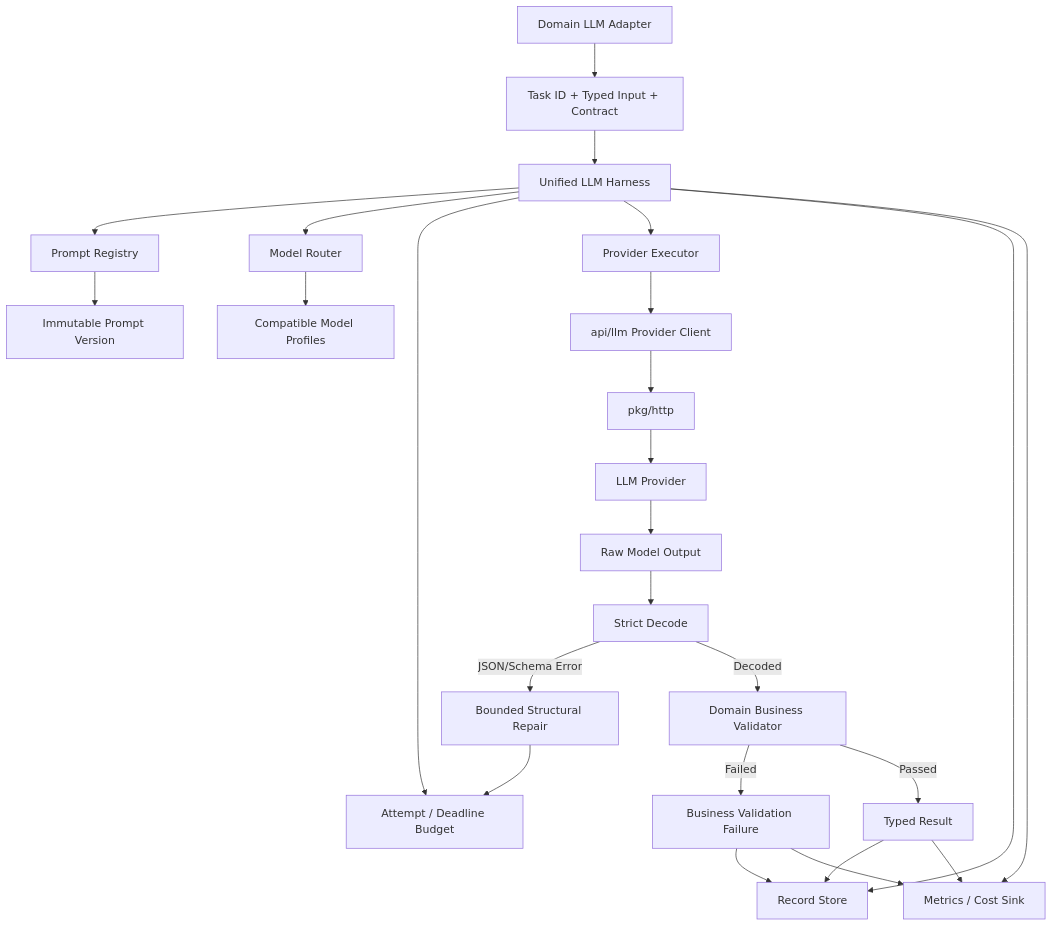
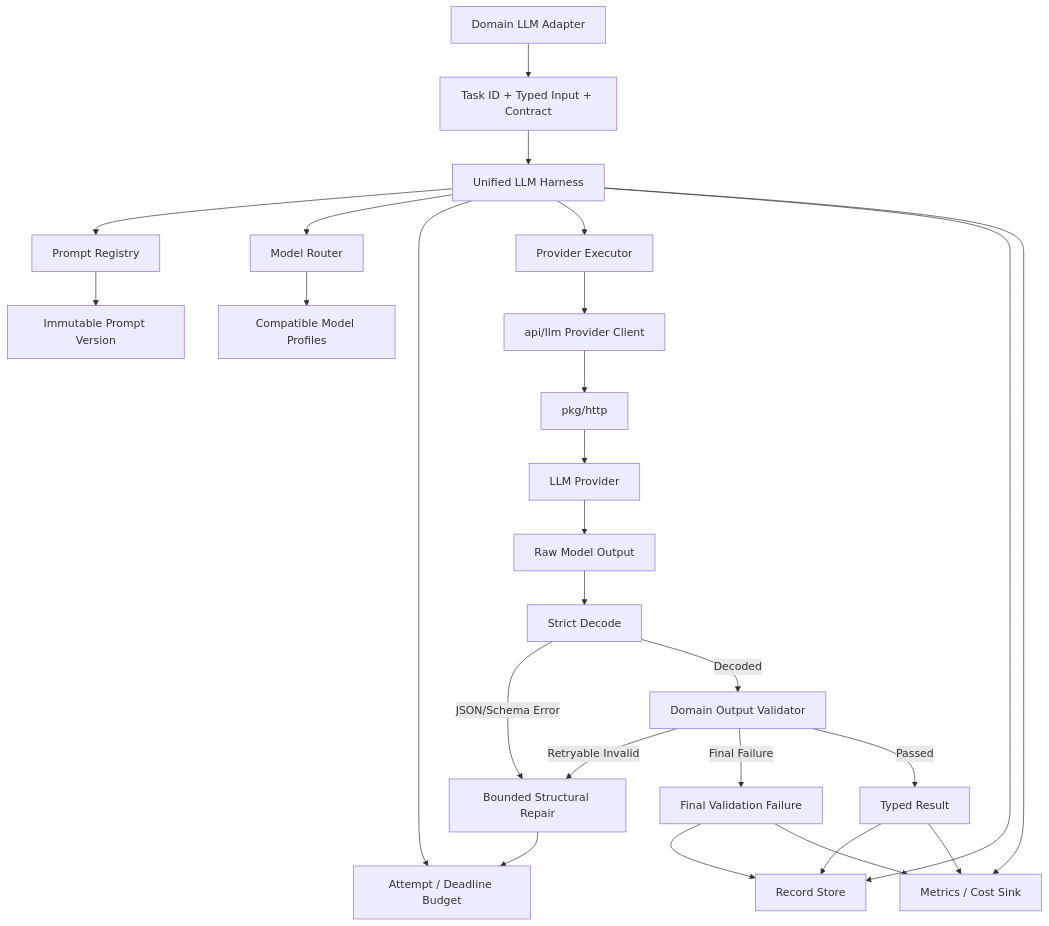
Before and after one commit to zxq97/agent: the second of 4 diagrams in docs/unified-llm-harness-design.md, drawn with Mermaid. The commit also changed other lines of this file and 20 other files, not shown here.

````diff
--- a/docs/unified-llm-harness-design.md
+++ b/docs/unified-llm-harness-design.md
@@ -239,31 +326,32 @@
 ```mermaid
 flowchart TD
     DOMAIN[Domain LLM Adapter] --> TASK[Task ID + Typed Input + Contract]
     TASK --> HARNESS[Unified LLM Harness]
 
     HARNESS --> REGISTRY[Prompt Registry]
     HARNESS --> ROUTER[Model Router]
     HARNESS --> BUDGET[Attempt / Deadline Budget]
     HARNESS --> EXECUTOR[Provider Executor]
     HARNESS --> RECORDER[Record Store]
     HARNESS --> METRICS[Metrics / Cost Sink]
 
     REGISTRY --> PROMPT[Immutable Prompt Version]
     ROUTER --> PROFILE[Compatible Model Profiles]
     EXECUTOR --> API[api/llm Provider Client]
     API --> HTTP[pkg/http]
     HTTP --> PROVIDER[LLM Provider]
 
     PROVIDER --> OUTPUT[Raw Model Output]
     OUTPUT --> DECODE[Strict Decode]
     DECODE -->|JSON/Schema Error| RETRY[Bounded Structural Repair]
     RETRY --> BUDGET
-    DECODE -->|Decoded| VALIDATE[Domain Business Validator]
-    VALIDATE -->|Failed| BIZERR[Business Validation Failure]
+    DECODE -->|Decoded| VALIDATE[Domain Output Validator]
+    VALIDATE -->|Retryable Invalid| RETRY
+    VALIDATE -->|Final Failure| BIZERR[Final Validation Failure]
     VALIDATE -->|Passed| RESULT[Typed Result]
 
     RESULT --> RECORDER
     RESULT --> METRICS
     BIZERR --> RECORDER
     BIZERR --> METRICS
 ```
````
